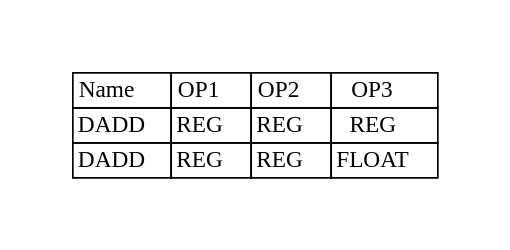
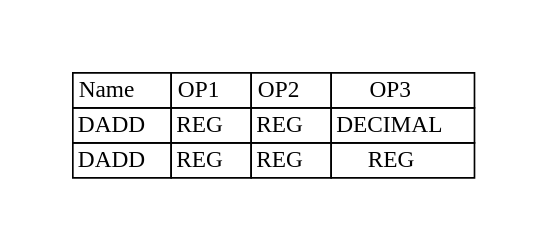
One commit to adesutherland/CREXX changed the diagram in docs/books/crexx_vm_spec/svg/dadd.gv. Above: the diagram before and after it, drawn with Graphviz. The commit also changed 103 other files, not shown here.

```diff
--- a/docs/books/crexx_vm_spec/svg/dadd.gv
+++ b/docs/books/crexx_vm_spec/svg/dadd.gv
@@ -1,10 +1,10 @@
 digraph{
 graph [pad="0.5", nodesep="0.5", ranksep="2" ]
 node [shape=plain]
 Foo [label=<
 <table border="0" cellborder="1" cellspacing="0">
 <tr><td> Name </td> <td> OP1 </td><td> OP2 </td><td> OP3 </td> </tr>
+<tr><td> DADD </td><td> REG </td><td> REG </td><td> DECIMAL </td> </tr>
 <tr><td> DADD </td><td> REG </td><td> REG </td><td> REG </td> </tr>
-<tr><td> DADD </td><td> REG </td><td> REG </td><td> FLOAT </td> </tr>
 </table>>];
 }
```
